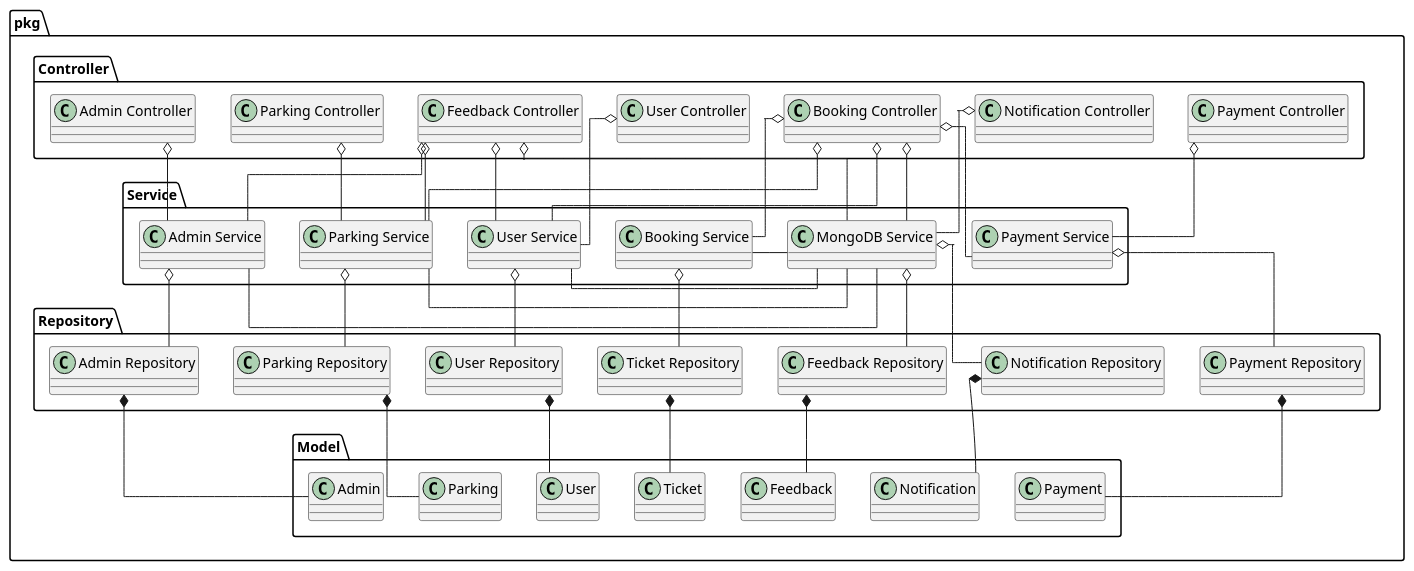
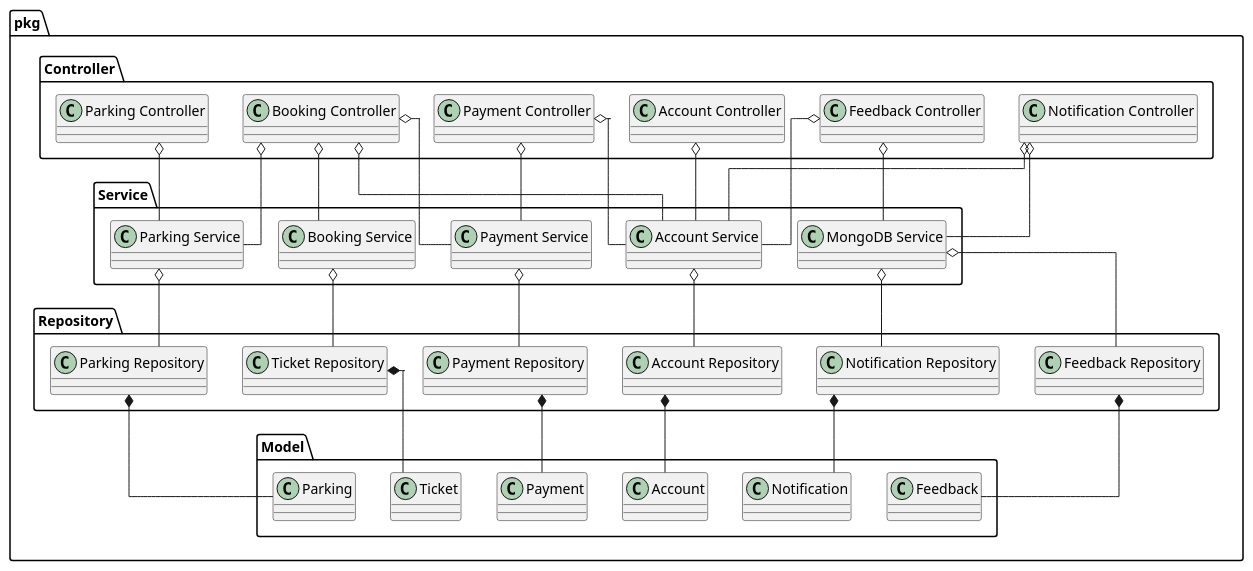
Before and after one commit to hieutbui/graduation-diagram: the diagram in package/detail.wsd, drawn with PlantUML.

Commit message:
Update package diagram

```diff
--- a/package/detail.wsd
+++ b/package/detail.wsd
@@ -1,81 +1,76 @@
 @startuml package_detail
 
 skinparam Linetype ortho
 
 package "pkg" {
   package "Controller" {
-    class "User Controller" as UserController
+    class "Account Controller" as AccountController
     class "Parking Controller" as ParkingController
     class "Payment Controller" as PaymentController
     class "Notification Controller" as NotificationController
     class "Feedback Controller" as FeedbackController
-    class "Admin Controller" as AdminController
     class "Booking Controller" as BookingController
   }
 
   package "Service" {
-    class "User Service" as UserService
+    class "Account Service" as AccountService
     class "Parking Service" as ParkingService
     class "Payment Service" as PaymentService
     class "MongoDB Service" as MongoDBService
-    class "Admin Service" as AdminService
     class "Booking Service" as BookingService
   }
 
   package "Repository" {
-    class "User Repository" as UserRepository
+    class "Account Repository" as AccountRepository
     class "Parking Repository" as ParkingRepository
     class "Payment Repository" as PaymentRepository
     class "Notification Repository" as NotificationRepository
     class "Feedback Repository" as FeedbackRepository
-    class "Admin Repository" as AdminRepository
     class "Ticket Repository" as TicketRepository
   }
 
   package "Model" {
-    class "User" as User
+    class "Account" as Account
     class "Parking" as Parking
     class "Payment" as Payment
     class "Notification" as Notification
     class "Feedback" as Feedback
-    class "Admin" as Admin
     class "Ticket" as Ticket
   }
 
-  UserController o-- UserService
+  AccountController o-- AccountService
+  FeedbackController o-- AccountService
+  BookingController o-- AccountService
+  NotificationController o-- AccountService
+  PaymentController o-- AccountService
+
   ParkingController o-- ParkingService
+  BookingController o-- ParkingService
+
   PaymentController o-- PaymentService
+  BookingController o-- PaymentService
+
   NotificationController o-- MongoDBService
   FeedbackController o-- MongoDBService
-  FeedbackController o-- UserService
-  FeedbackController o-- ParkingService
-  FeedbackController o-- AdminService
-  AdminController o-- AdminService
+  
   BookingController o-- BookingService
-  BookingController o-- ParkingService
-  BookingController o-- PaymentService
-  BookingController o-- UserService
-  BookingController o-- MongoDBService
+  
+  
+  
 
-  UserService o-- UserRepository
+  AccountService o-- AccountRepository
   ParkingService o-- ParkingRepository
   PaymentService o-- PaymentRepository
   MongoDBService o-- NotificationRepository
   MongoDBService o-- FeedbackRepository
-  AdminService o-- AdminRepository
   BookingService o-- TicketRepository
-  AdminService -left- MongoDBService
-  UserService -left- MongoDBService
-  ParkingService -left- MongoDBService
-  BookingService -left- MongoDBService
 
-  UserRepository *-- User
+  AccountRepository *-- Account
   ParkingRepository *-- Parking
   PaymentRepository *-- Payment
   NotificationRepository *-- Notification
   FeedbackRepository *-- Feedback
-  AdminRepository *-- Admin
   TicketRepository *-- Ticket
 }
 
 @enduml
```
